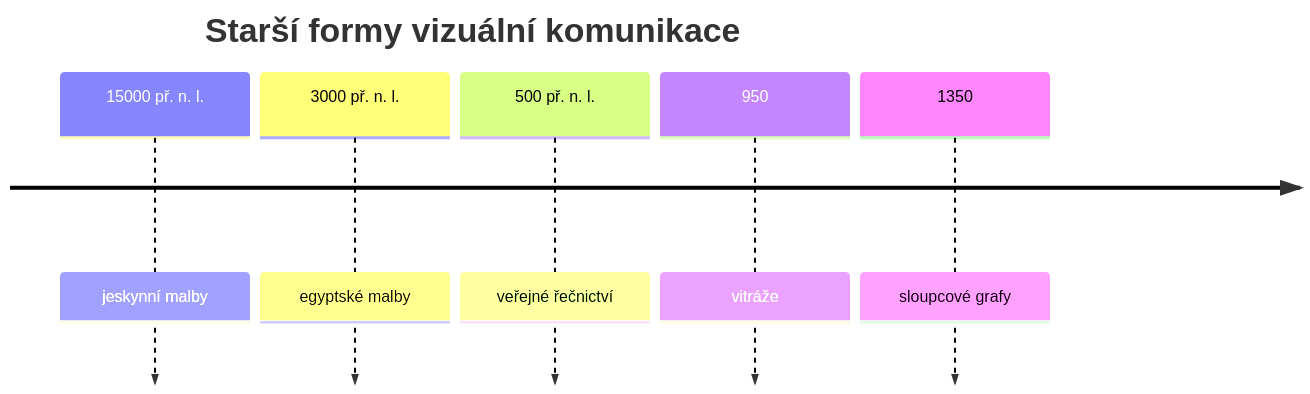
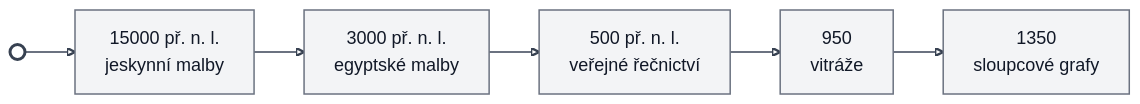
Before and after one commit to faitjaroslav-byte/informatika_EL3: the first of 2 diagrams in docs/cs/01-prezentace-jako-sdeleni.md, drawn with Mermaid. The commit also changed other lines of this file, not shown here.

Commit message:
Restyle presentation timeline

````diff
--- a/docs/cs/01-prezentace-jako-sdeleni.md
+++ b/docs/cs/01-prezentace-jako-sdeleni.md
@@ -14,9 +16,12 @@
 ```mermaid
-timeline
-    title Starší formy vizuální komunikace
-    15000 př. n. l. : jeskynní malby
-    3000 př. n. l. : egyptské malby
-    500 př. n. l. : veřejné řečnictví
-    950 : vitráže
-    1350 : sloupcové grafy
+flowchart LR
+    S(( )) --> A["15000 př. n. l.<br>jeskynní malby"] --> B["3000 př. n. l.<br>egyptské malby"]
+    B --> C["500 př. n. l.<br>veřejné řečnictví"] --> D["950<br>vitráže"]
+    D --> E["1350<br>sloupcové grafy"]
+
+    classDef event fill:#f3f4f6,stroke:#6b7280,stroke-width:1.5px,color:#111827,font-size:18px;
+    classDef marker fill:#ffffff,stroke:#374151,stroke-width:3px,color:#374151;
+    class A,B,C,D,E event;
+    class S marker;
+    linkStyle default stroke:#6b7280,stroke-width:2px;
 ```
````
